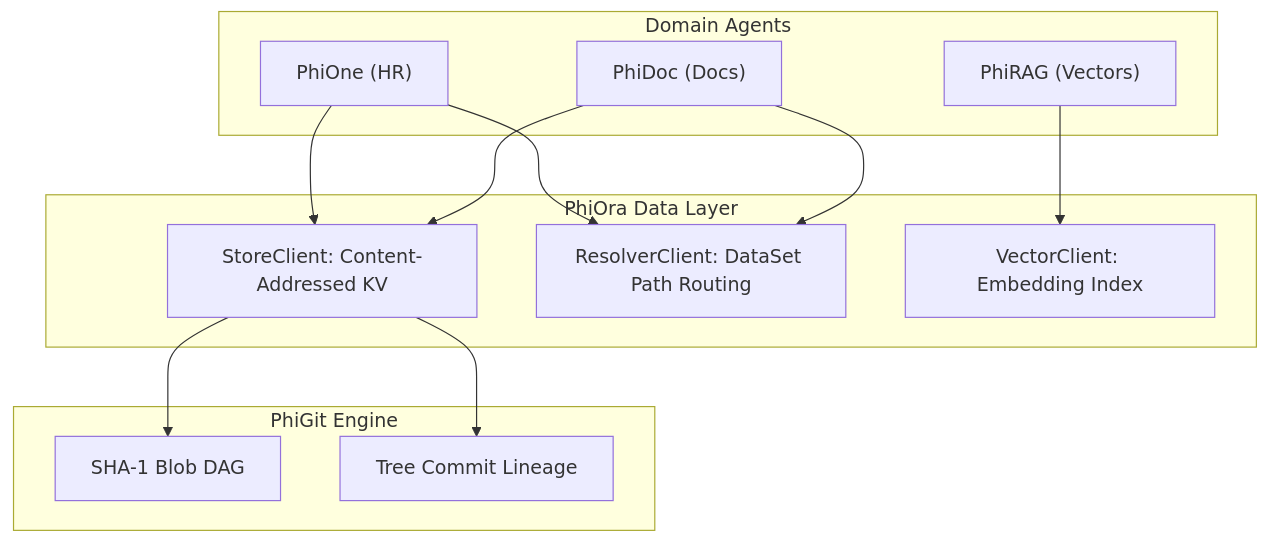
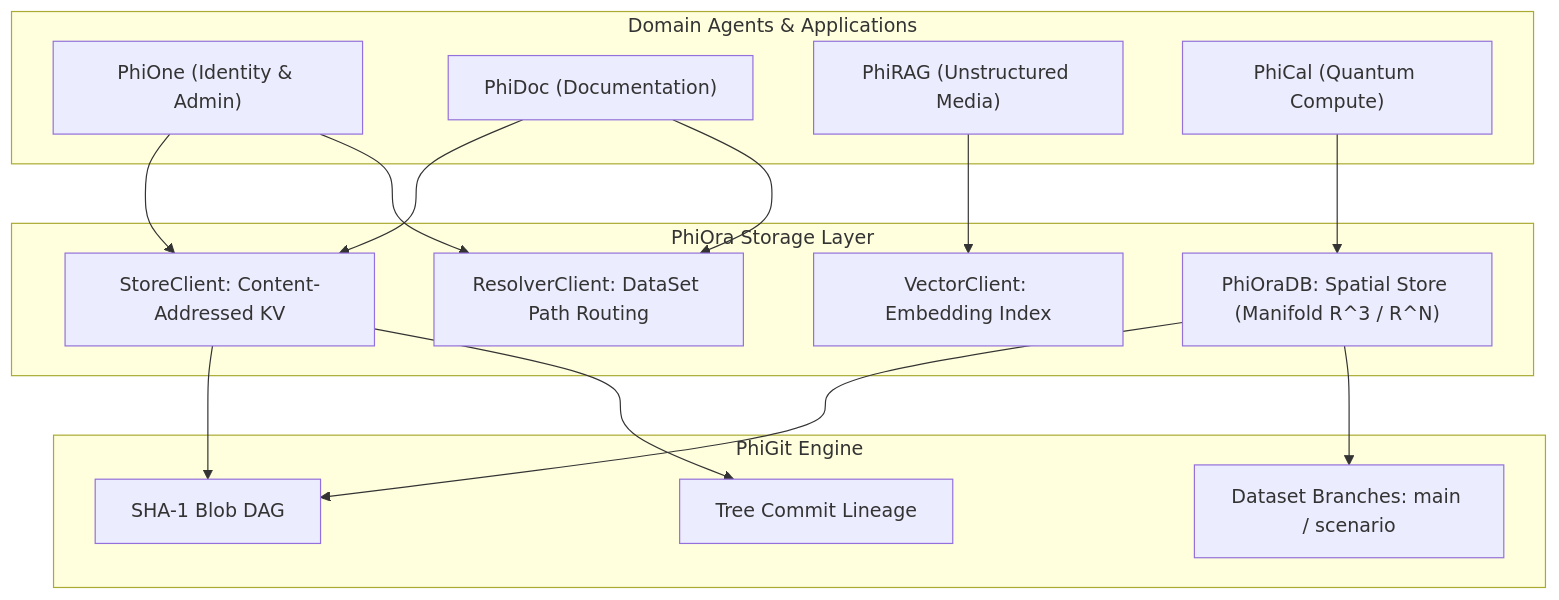
Before and after one commit to gemphi/phiant: the first of 2 diagrams in src/phiadk/agents/phiora/README.md, drawn with Mermaid. The commit also changed other lines of this file and 7 other files, not shown here.

Commit message:
feat: implement PhiOraDB Spatial Store with spatial coordinates, bounding box queries, rich Mermaid architecture diagrams and unit tests

````diff
--- a/src/phiadk/agents/phiora/README.md
+++ b/src/phiadk/agents/phiora/README.md
@@ -9,23 +9,28 @@
 ```mermaid
 graph TD
-    subgraph Caller["Domain Agents"]
-        A1["PhiOne (HR)"]
-        A2["PhiDoc (Docs)"]
-        A3["PhiRAG (Vectors)"]
+    subgraph Callers["Domain Agents & Applications"]
+        A1["PhiOne (Identity & Admin)"]
+        A2["PhiDoc (Documentation)"]
+        A3["PhiRAG (Unstructured Media)"]
+        A4["PhiCal (Quantum Compute)"]
     end
 
-    subgraph PhiOraCore["PhiOra Data Layer"]
+    subgraph PhiOraCore["PhiOra Storage Layer"]
+        SpatialDB["PhiOraDB: Spatial Store (Manifold R^3 / R^N)"]
         Store["StoreClient: Content-Addressed KV"]
         Resolver["ResolverClient: DataSet Path Routing"]
         Vector["VectorClient: Embedding Index"]
     end
 
     subgraph StorageEngine["PhiGit Engine"]
         Blob["SHA-1 Blob DAG"]
         Commit["Tree Commit Lineage"]
+        Branches["Dataset Branches: main / scenario"]
     end
 
     A1 & A2 --> Store & Resolver
     A3 --> Vector
+    A4 --> SpatialDB
+    SpatialDB --> Blob & Branches
     Store --> Blob & Commit
 ```
````
